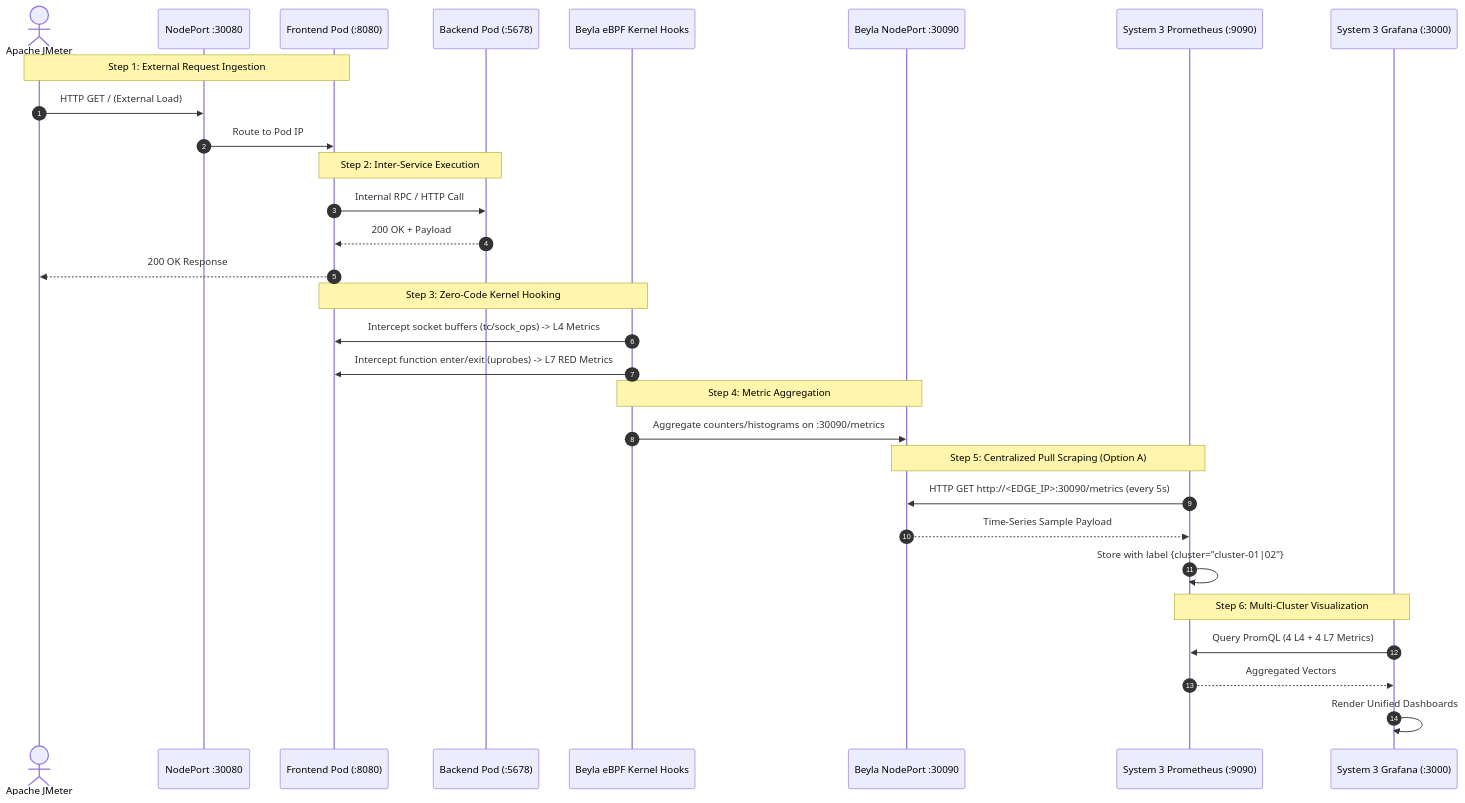
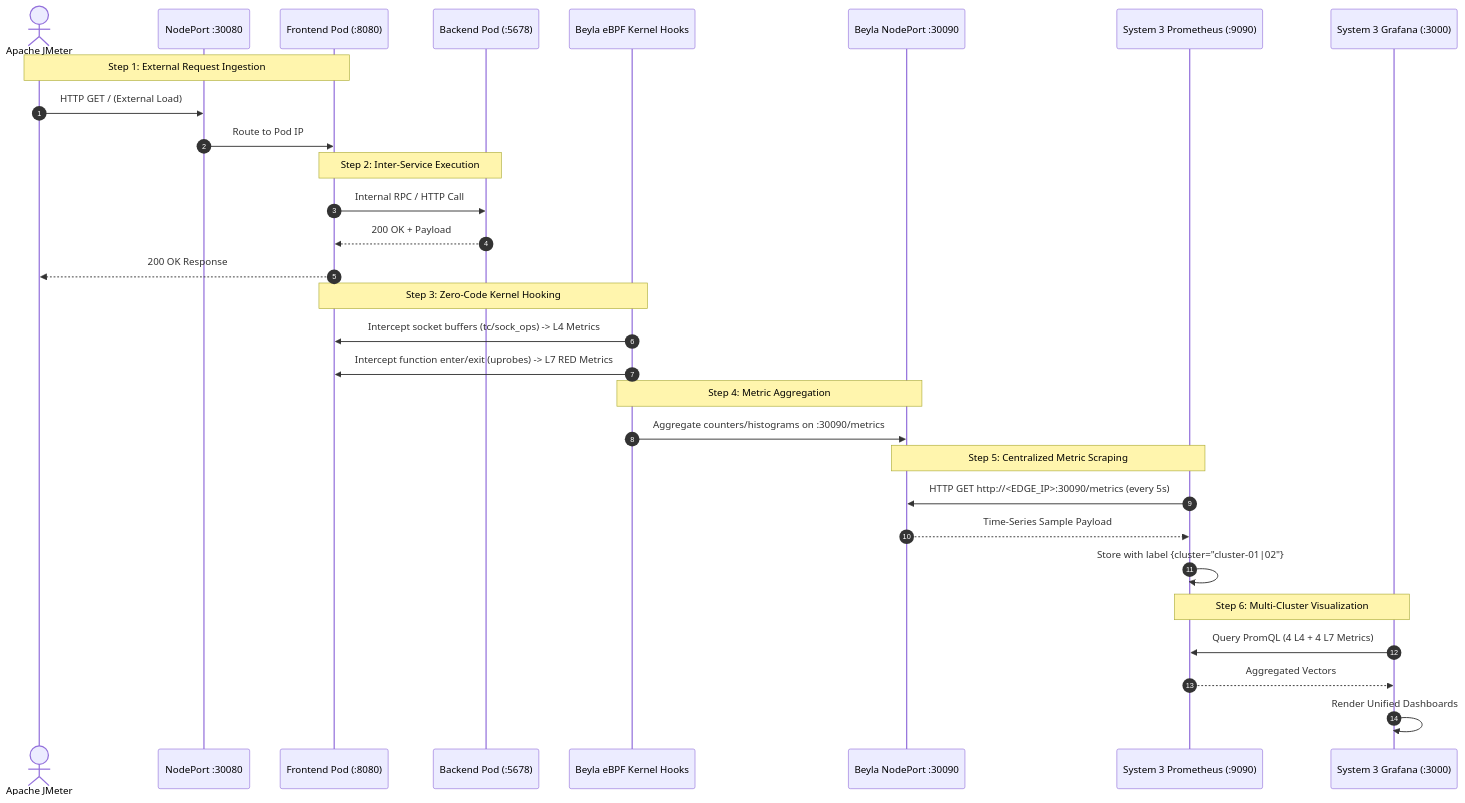
One commit to sudoprasad/centralized-multi-cluster-k8s-observability changed the diagram in docs/architecture.md. Above: the diagram before and after it, drawn with Mermaid. The commit also changed other lines of this file and 14 other files, not shown here.

````diff
--- a/docs/architecture.md
+++ b/docs/architecture.md
@@ -98,38 +95,38 @@
 ```mermaid
 sequenceDiagram
     autonumber
     actor JMeter as Apache JMeter
     participant NodePort as NodePort :30080
     participant Frontend as Frontend Pod (:8080)
     participant Backend as Backend Pod (:5678)
     participant eBPF as Beyla eBPF Kernel Hooks
     participant BeylaSvc as Beyla NodePort :30090
     participant Prom3 as System 3 Prometheus (:9090)
     participant Grafana3 as System 3 Grafana (:3000)
 
     Note over JMeter,Frontend: Step 1: External Request Ingestion
     JMeter->>NodePort: HTTP GET / (External Load)
     NodePort->>Frontend: Route to Pod IP
 
     Note over Frontend,Backend: Step 2: Inter-Service Execution
     Frontend->>Backend: Internal RPC / HTTP Call
     Backend-->>Frontend: 200 OK + Payload
     Frontend-->>JMeter: 200 OK Response
 
     Note over Frontend,eBPF: Step 3: Zero-Code Kernel Hooking
     eBPF->>Frontend: Intercept socket buffers (tc/sock_ops) -> L4 Metrics
     eBPF->>Frontend: Intercept function enter/exit (uprobes) -> L7 RED Metrics
 
     Note over eBPF,BeylaSvc: Step 4: Metric Aggregation
     eBPF->>BeylaSvc: Aggregate counters/histograms on :30090/metrics
 
-    Note over BeylaSvc,Prom3: Step 5: Centralized Pull Scraping (Option A)
+    Note over BeylaSvc,Prom3: Step 5: Centralized Metric Scraping
     Prom3->>BeylaSvc: HTTP GET http://<EDGE_IP>:30090/metrics (every 5s)
     BeylaSvc-->>Prom3: Time-Series Sample Payload
     Prom3->>Prom3: Store with label {cluster="cluster-01|02"}
 
     Note over Prom3,Grafana3: Step 6: Multi-Cluster Visualization
     Grafana3->>Prom3: Query PromQL (4 L4 + 4 L7 Metrics)
     Prom3-->>Grafana3: Aggregated Vectors
     Grafana3->>Grafana3: Render Unified Dashboards
 ```
````
